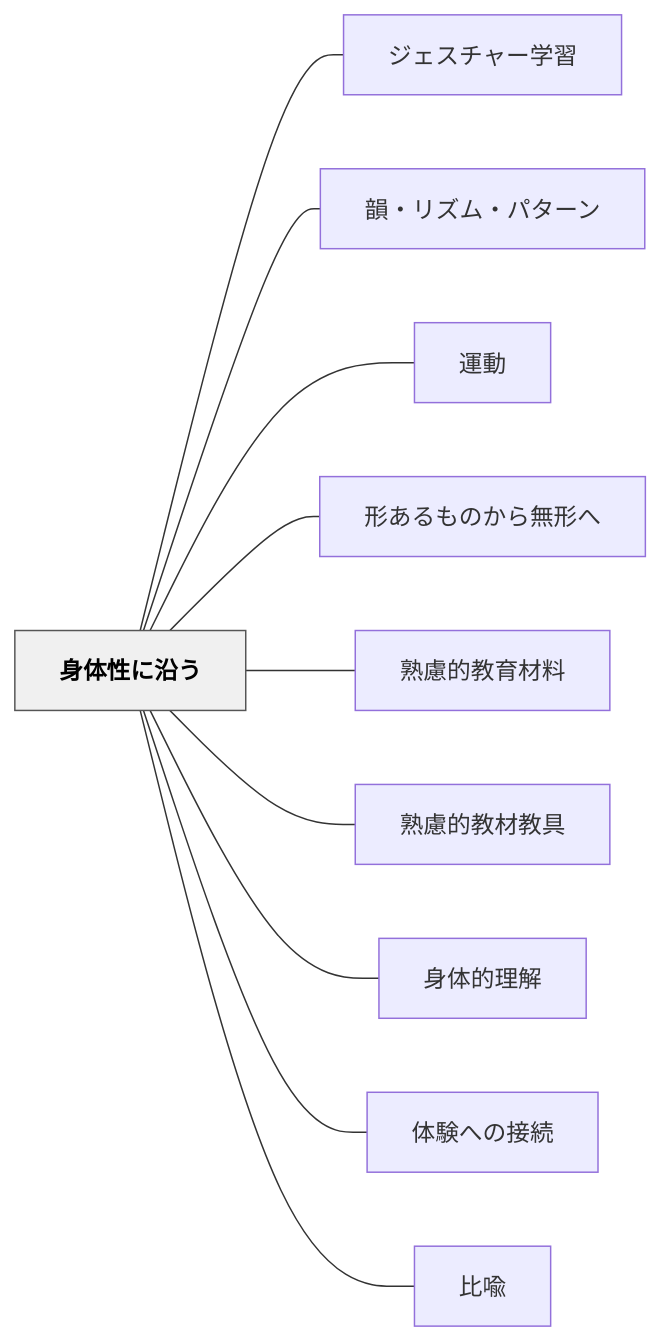
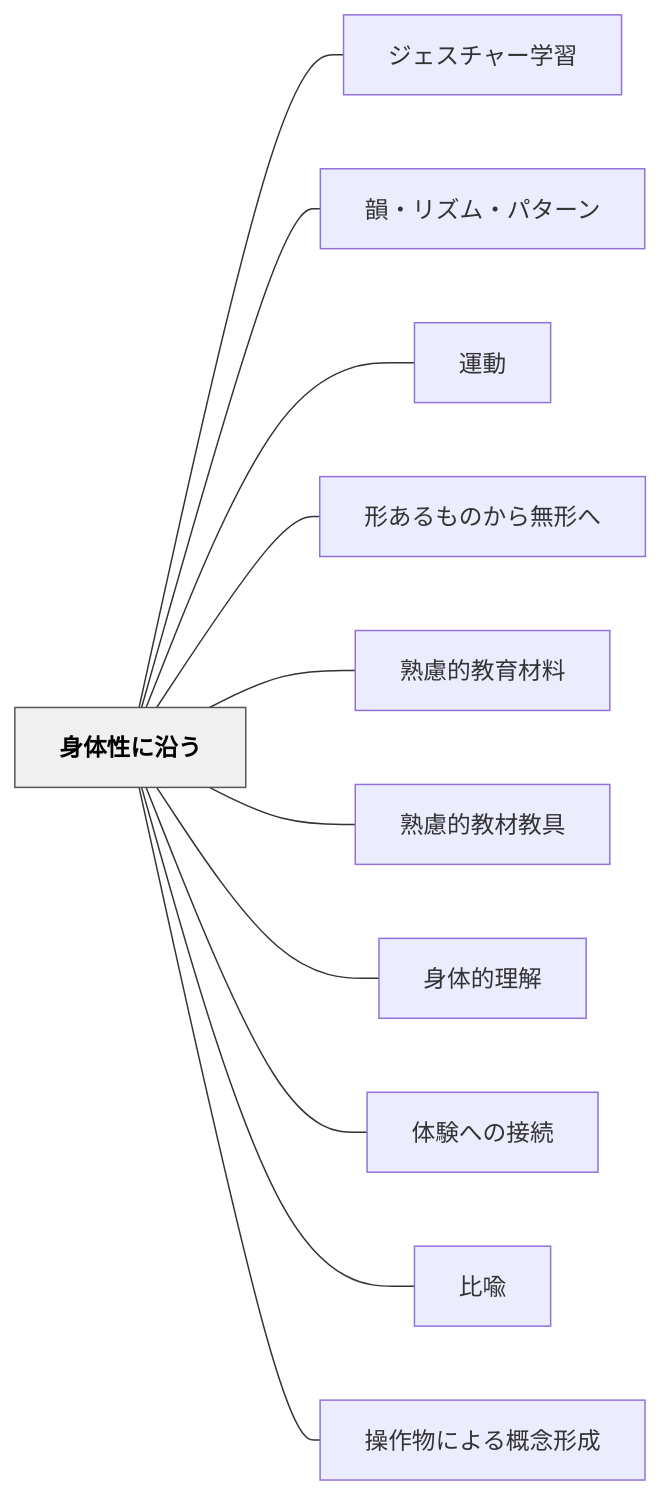
One commit to unknownthings-ed-patterns/unknownthings-ed-patterns changed the diagram in content/パタン/身体性に沿う.md. Above: the diagram before and after it, drawn with Mermaid. The commit also changed other lines of this file and 100 other files, not shown here.

````diff
--- a/content/パタン/身体性に沿う.md
+++ b/content/パタン/身体性に沿う.md
@@ -73,26 +74,28 @@
 ```mermaid
 flowchart LR
     ne8baabe4bd93e680a7e381abe6b2bfe38186["身体性に沿う"]
     ne382b8e382a7e382b9e38381e383a3e383bce5ada6e7bf92["ジェスチャー学習"]
     ne99fbbe383bbe383aae382bae383a0e383bbe38391e382bfe383bce383b3["韻・リズム・パターン"]
     ne9818be58b95["運動"]
     ne5bda2e38182e3828be38282e381aee3818be38289e784a1e5bda2e381b8["形あるものから無形へ"]
     ne7869fe685aee79a84e69599e882b2e69d90e69699["熟慮的教育材料"]
     ne7869fe685aee79a84e69599e69d90e69599e585b7["熟慮的教材教具"]
     ne8baabe4bd93e79a84e79086e8a7a3["身体的理解"]
     ne4bd93e9a893e381b8e381aee68ea5e7b69a["体験への接続"]
     ne6af94e596a9["比喩"]
+    ne6938de4bd9ce789a9e381abe38288e3828be6a682e5bfb5e5bda2e68890["操作物による概念形成"]
 
     ne8baabe4bd93e680a7e381abe6b2bfe38186 --- ne382b8e382a7e382b9e38381e383a3e383bce5ada6e7bf92
     ne8baabe4bd93e680a7e381abe6b2bfe38186 --- ne99fbbe383bbe383aae382bae383a0e383bbe38391e382bfe383bce383b3
     ne8baabe4bd93e680a7e381abe6b2bfe38186 --- ne9818be58b95
     ne8baabe4bd93e680a7e381abe6b2bfe38186 --- ne5bda2e38182e3828be38282e381aee3818be38289e784a1e5bda2e381b8
     ne8baabe4bd93e680a7e381abe6b2bfe38186 --- ne7869fe685aee79a84e69599e882b2e69d90e69699
     ne8baabe4bd93e680a7e381abe6b2bfe38186 --- ne7869fe685aee79a84e69599e69d90e69599e585b7
     ne8baabe4bd93e680a7e381abe6b2bfe38186 --- ne8baabe4bd93e79a84e79086e8a7a3
     ne8baabe4bd93e680a7e381abe6b2bfe38186 --- ne4bd93e9a893e381b8e381aee68ea5e7b69a
     ne8baabe4bd93e680a7e381abe6b2bfe38186 --- ne6af94e596a9
+    ne8baabe4bd93e680a7e381abe6b2bfe38186 --- ne6938de4bd9ce789a9e381abe38288e3828be6a682e5bfb5e5bda2e68890
 
     classDef hub fill:#f0f0f0,stroke:#555,color:#000,font-weight:bold
     class ne8baabe4bd93e680a7e381abe6b2bfe38186 hub
 ```
````
